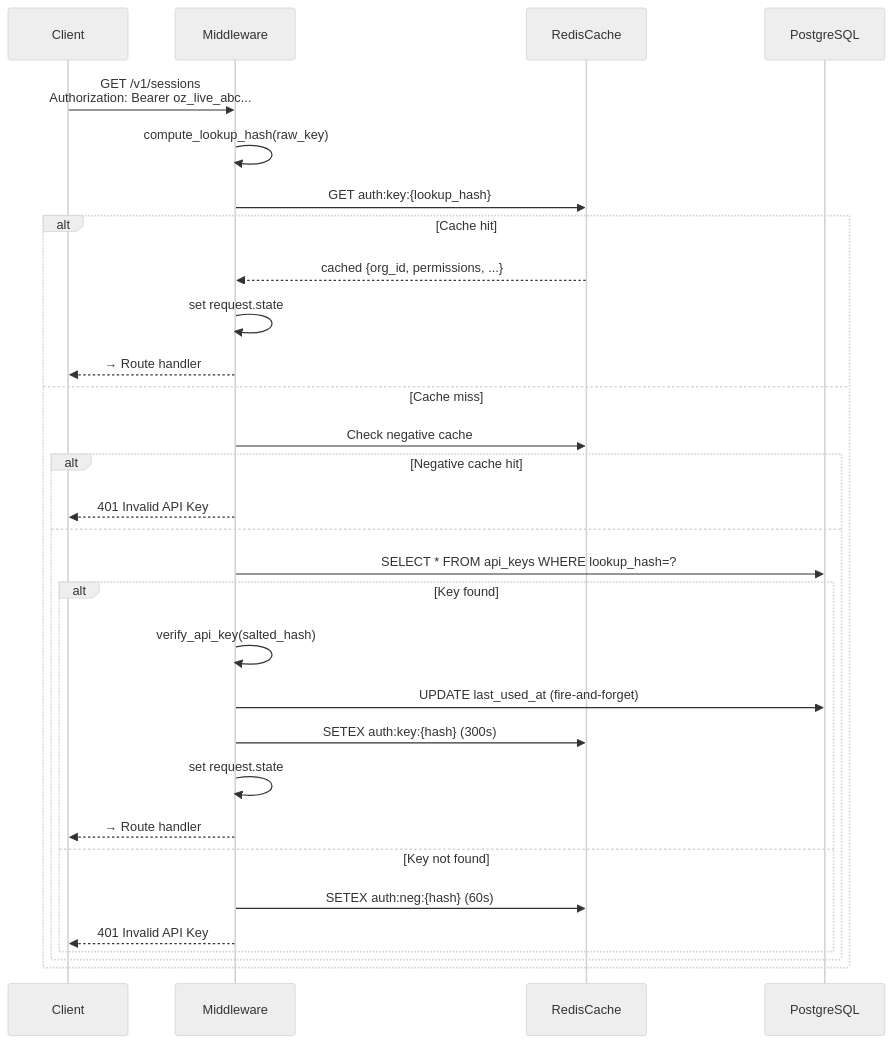
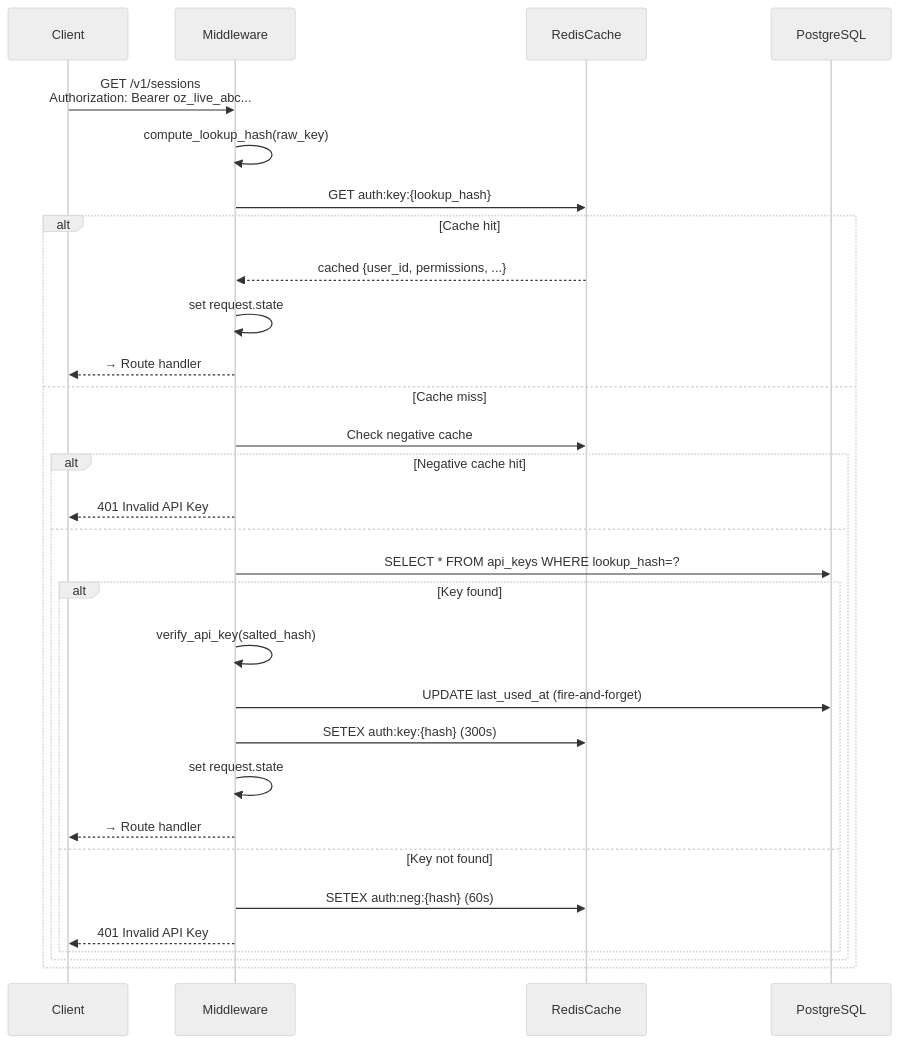
Before and after one commit to openzync/openzync-docs: the second of 2 diagrams in domains/auth.rst, drawn with Mermaid (neutral theme). The commit also changed other lines of this file and 22 other files, not shown here.

```diff
--- a/domains/auth.rst
+++ b/domains/auth.rst
@@ -797,34 +797,34 @@
 .. mermaid::
 
    sequenceDiagram
        participant Client
        participant AuthMiddleware
        participant RedisCache
        participant AuthMiddleware as Middleware
        participant DB as PostgreSQL
 
        Client->>AuthMiddleware: GET /v1/sessions<br/>Authorization: Bearer oz_live_abc...
        AuthMiddleware->>AuthMiddleware: compute_lookup_hash(raw_key)
        AuthMiddleware->>RedisCache: GET auth:key:{lookup_hash}
        alt Cache hit
-           RedisCache-->>AuthMiddleware: cached {org_id, permissions, ...}
+           RedisCache-->>AuthMiddleware: cached {user_id, permissions, ...}
            AuthMiddleware->>AuthMiddleware: set request.state
            AuthMiddleware-->>Client: → Route handler
        else Cache miss
            AuthMiddleware->>RedisCache: Check negative cache
            alt Negative cache hit
                AuthMiddleware-->>Client: 401 Invalid API Key
            else
                AuthMiddleware->>DB: SELECT * FROM api_keys WHERE lookup_hash=?
                alt Key found
                    AuthMiddleware->>AuthMiddleware: verify_api_key(salted_hash)
                    AuthMiddleware->>DB: UPDATE last_used_at (fire-and-forget)
                    AuthMiddleware->>RedisCache: SETEX auth:key:{hash} (300s)
                    AuthMiddleware->>AuthMiddleware: set request.state
                    AuthMiddleware-->>Client: → Route handler
                else Key not found
                    AuthMiddleware->>RedisCache: SETEX auth:neg:{hash} (60s)
                    AuthMiddleware-->>Client: 401 Invalid API Key
                end
            end
        end
```
